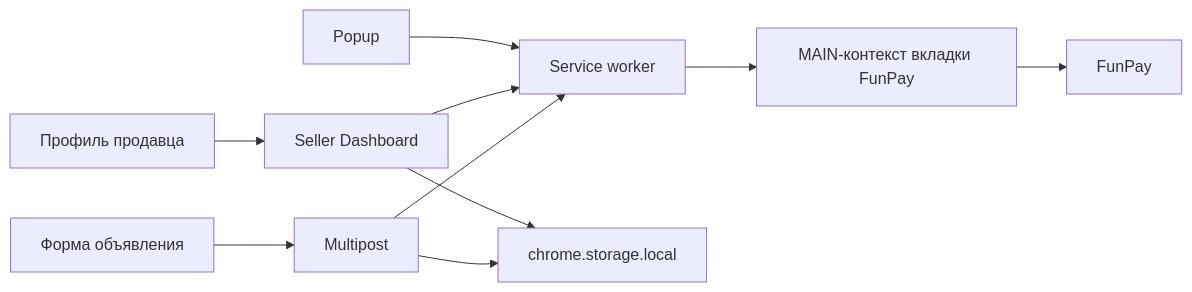
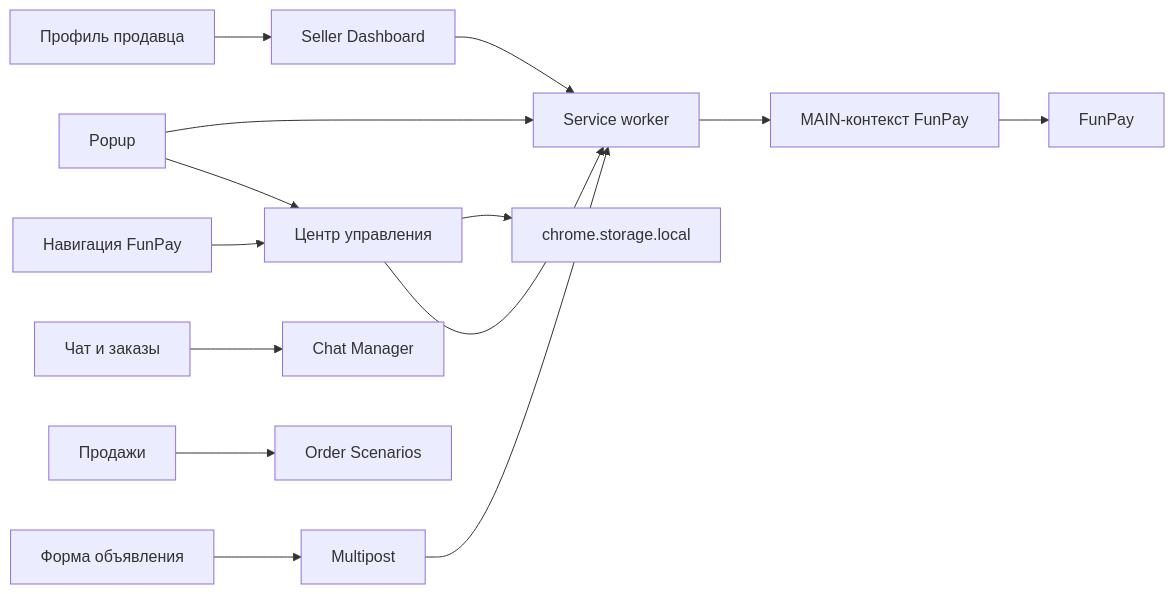
One commit to xailiry/FunPay-Automation-Tool changed the diagram in README.md. Above: the diagram before and after it, drawn with Mermaid. The commit also changed other lines of this file and 69 other files, not shown here.

````diff
--- a/README.md
+++ b/README.md
@@ -97,12 +177,16 @@
 ```mermaid
 flowchart LR
   Popup["Popup"] --> Worker["Service worker"]
+  Header["Навигация FunPay"] --> Toolbar["Центр управления"]
+  Popup --> Toolbar
+  Toolbar --> Storage["chrome.storage.local"]
+  Toolbar --> Worker
   Profile["Профиль продавца"] --> Dashboard["Seller Dashboard"]
   Editor["Форма объявления"] --> Multipost["Multipost"]
+  Chat["Чат и заказы"] --> ChatManager["Chat Manager"]
+  Orders["Продажи"] --> Scenarios["Order Scenarios"]
   Dashboard --> Worker
   Multipost --> Worker
-  Worker --> Context["MAIN-контекст вкладки FunPay"]
-  Context --> FunPay["FunPay"]
-  Dashboard --> Storage["chrome.storage.local"]
-  Multipost --> Storage
+  Worker --> Main["MAIN-контекст FunPay"]
+  Main --> FunPay["FunPay"]
 ```
````
